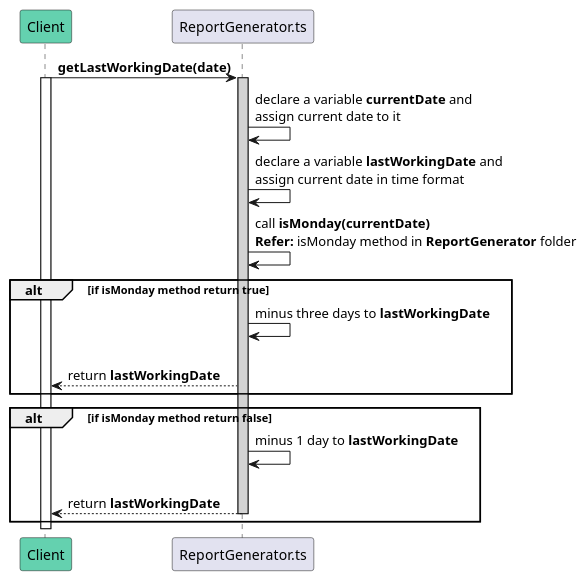
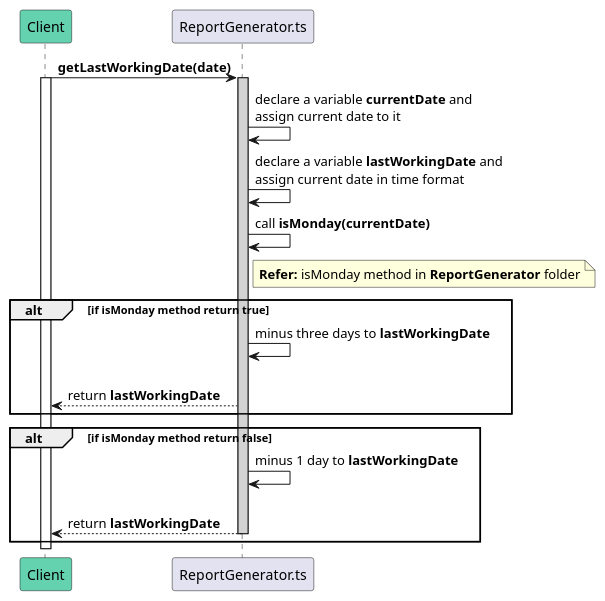
Before and after one commit to avasoft-mobility/workday-design: the diagram in backend/services_design/report_service/helpers/report_generator/get_last_working_date.sequence.puml, drawn with PlantUML. The commit also changed 4 other files, not shown here.

```diff
--- a/backend/services_design/report_service/helpers/report_generator/get_last_working_date.sequence.puml
+++ b/backend/services_design/report_service/helpers/report_generator/get_last_working_date.sequence.puml
@@ -1,23 +1,24 @@
 @startuml getLastWorkingDate
 participant Client #64D1AF
 participant ReportGenerator.ts
 
 Client -> ReportGenerator.ts : **getLastWorkingDate(date)**
 activate Client
 activate ReportGenerator.ts #D3D3D3
     ReportGenerator.ts -> ReportGenerator.ts : declare a variable **currentDate** and \nassign current date to it
     ReportGenerator.ts -> ReportGenerator.ts : declare a variable **lastWorkingDate** and \nassign current date in time format
-    ReportGenerator.ts -> ReportGenerator.ts : call **isMonday(currentDate)** \n**Refer:** isMonday method in **ReportGenerator** folder
+    ReportGenerator.ts -> ReportGenerator.ts : call **isMonday(currentDate)** 
+    note right of ReportGenerator.ts :  **Refer:** isMonday method in **ReportGenerator** folder
 
     alt if isMonday method return true
         ReportGenerator.ts -> ReportGenerator.ts: minus three days to **lastWorkingDate**
         ReportGenerator.ts --> Client: \nreturn **lastWorkingDate**
     end
     
     alt if isMonday method return false
         ReportGenerator.ts -> ReportGenerator.ts: minus 1 day to **lastWorkingDate**
         ReportGenerator.ts --> Client: \nreturn **lastWorkingDate**
         deactivate ReportGenerator.ts
     end
 deactivate Client
 @enduml
```
